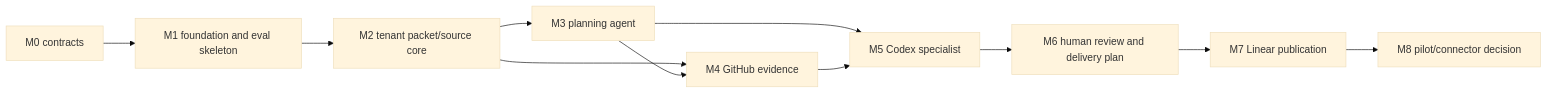
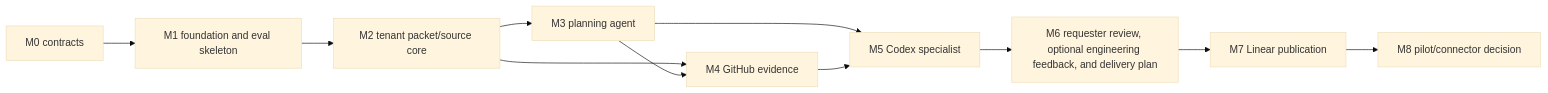
One commit to StefanosCodes/Clio changed the seventh of 7 diagrams in docs/architecture/system-architecture-and-decision-records.md. Above: the diagram before and after it, drawn with Mermaid (base theme). The commit also changed other lines of this file, not shown here.

Commit message:
STE-6: align workflow authority and custom tool architecture

````diff
--- a/docs/architecture/system-architecture-and-decision-records.md
+++ b/docs/architecture/system-architecture-and-decision-records.md
@@ -345,13 +358,13 @@
 ```mermaid
 flowchart LR
     M0["M0 contracts"] --> M1["M1 foundation and eval skeleton"]
     M1 --> M2["M2 tenant packet/source core"]
     M2 --> M3["M3 planning agent"]
     M2 --> M4["M4 GitHub evidence"]
     M3 --> M4
     M3 --> M5["M5 Codex specialist"]
     M4 --> M5
-    M5 --> M6["M6 human review and delivery plan"]
+    M5 --> M6["M6 requester review, optional engineering feedback, and delivery plan"]
     M6 --> M7["M7 Linear publication"]
     M7 --> M8["M8 pilot/connector decision"]
 ```
````
